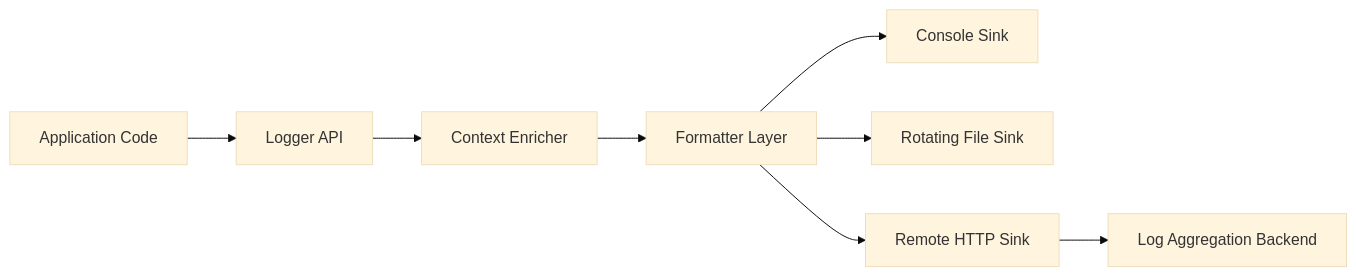
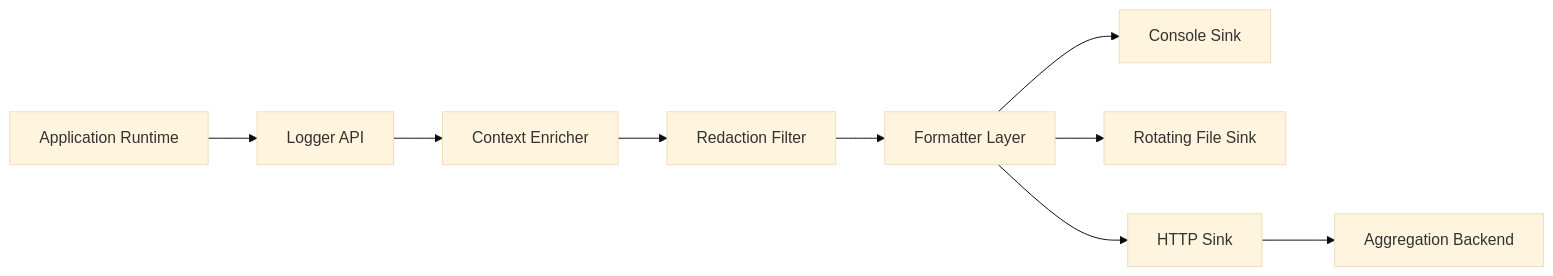
Before and after one commit to Assembly-telegram-bots/wiki-analysis-gemeniAI: the first of 2 diagrams in README.md, drawn with Mermaid (base theme). The commit also changed other lines of this file, not shown here.

````diff
--- a/README.md
+++ b/README.md
@@ -69,10 +90,11 @@
 ```mermaid
 flowchart LR
-    A[Application Code] --> B[Logger API]
+    A[Application Runtime] --> B[Logger API]
     B --> C[Context Enricher]
-    C --> D[Formatter Layer]
-    D --> E1[Console Sink]
-    D --> E2[Rotating File Sink]
-    D --> E3[Remote HTTP Sink]
-    E3 --> F[Log Aggregation Backend]
+    C --> D[Redaction Filter]
+    D --> E[Formatter Layer]
+    E --> F1[Console Sink]
+    E --> F2[Rotating File Sink]
+    E --> F3[HTTP Sink]
+    F3 --> G[Aggregation Backend]
 ```
````
